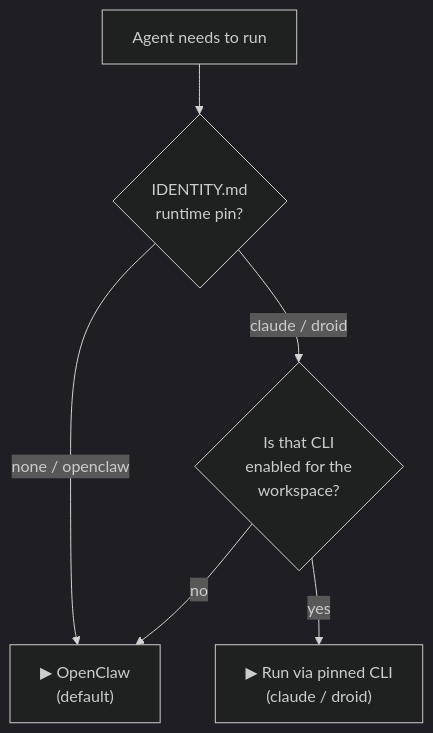
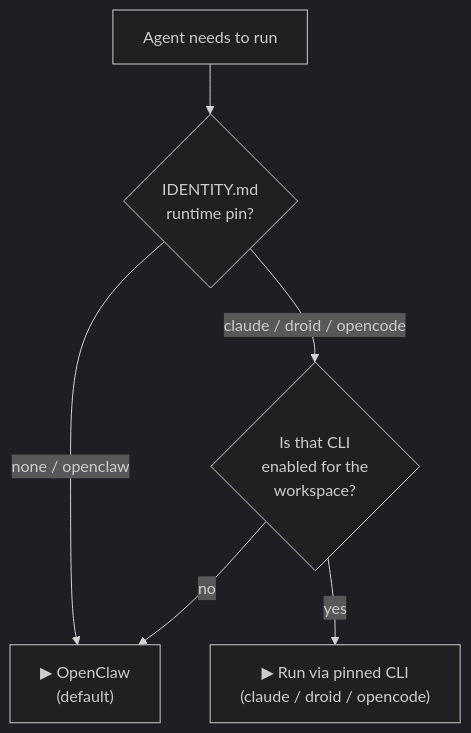
Before and after one commit to Maximilien-ai/clawmax: the first of 3 diagrams in AGENT_RUNTIMES.md, drawn with Mermaid (dark theme). The commit also changed other lines of this file and 24 other files, not shown here.

````diff
--- a/AGENT_RUNTIMES.md
+++ b/AGENT_RUNTIMES.md
@@ -28,8 +28,8 @@
 ```mermaid
 flowchart TD
     A["Agent needs to run"] --> B{"IDENTITY.md<br/>runtime pin?"}
     B -->|"none / openclaw"| OC["▶ OpenClaw<br/>(default)"]
-    B -->|"claude / droid"| C{"Is that CLI<br/>enabled for the<br/>workspace?"}
-    C -->|"yes"| RT["▶ Run via pinned CLI<br/>(claude / droid)"]
+    B -->|"claude / droid / opencode"| C{"Is that CLI<br/>enabled for the<br/>workspace?"}
+    C -->|"yes"| RT["▶ Run via pinned CLI<br/>(claude / droid / opencode)"]
     C -->|"no"| OC
 ```
````
